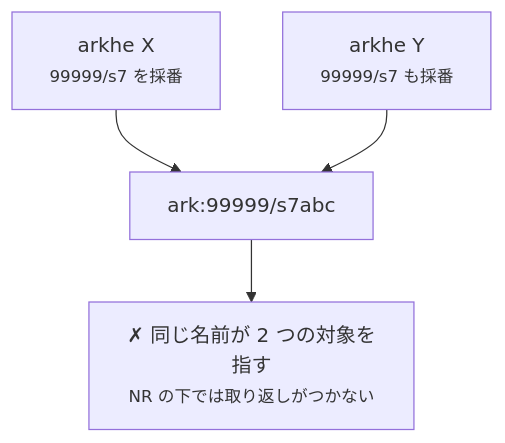
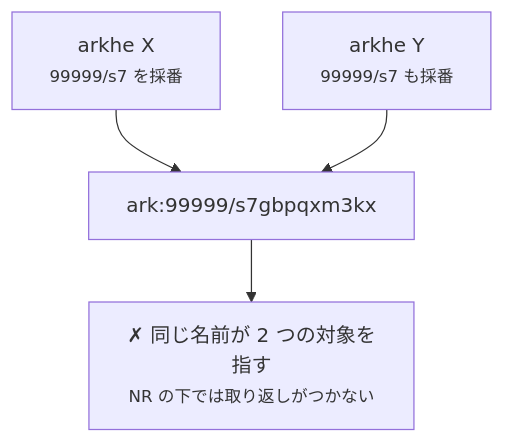
One commit to RCOSDP/arkhe changed diagram 14 of 14 in docs/guides/federation.ja.md. Above: the diagram before and after it, drawn with Mermaid. The commit also changed other lines of this file and 29 other files, not shown here.

````diff
--- a/docs/guides/federation.ja.md
+++ b/docs/guides/federation.ja.md
@@ -504,6 +504,6 @@
 ```mermaid
 flowchart TD
-    X["arkhe X<br/><small>99999/s7 を採番</small>"] --> N["ark:99999/s7abc"]
+    X["arkhe X<br/><small>99999/s7 を採番</small>"] --> N["ark:99999/s7gbpqxm3kx"]
     Y["arkhe Y<br/><small>99999/s7 も採番</small>"] --> N
     N --> Z["✗ 同じ名前が 2 つの対象を指す<br/><small>NR の下では取り返しがつかない</small>"]
 ```
````
